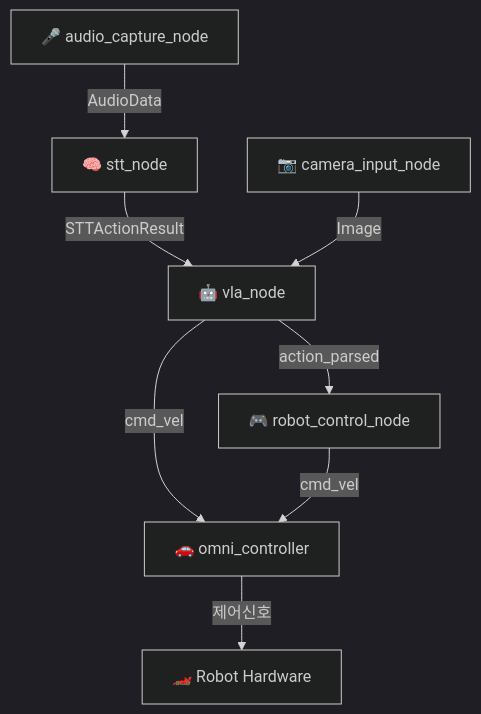
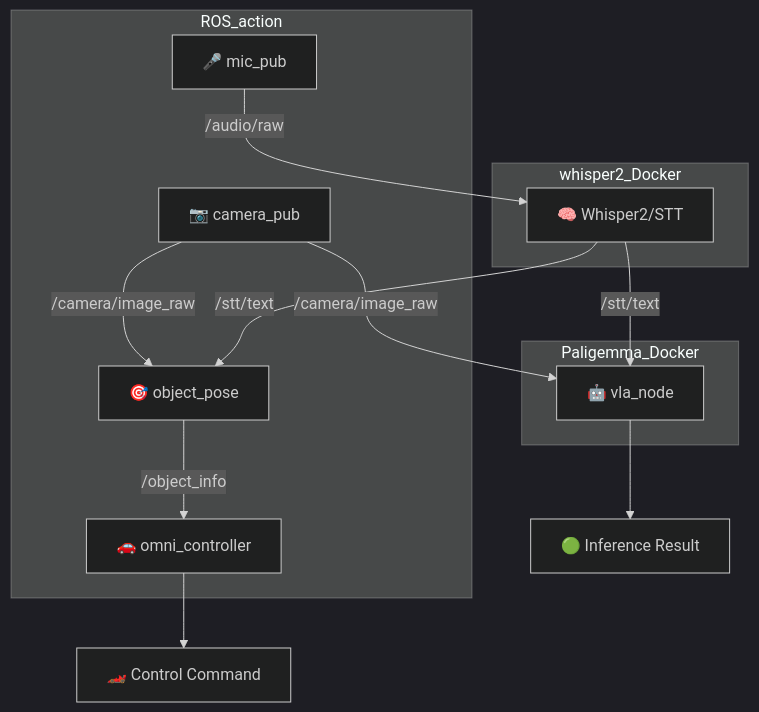
Before and after one commit to shosae/vla: the diagram in README.md, drawn with Mermaid (dark theme). The commit also changed other lines of this file and 5 other files, not shown here.

````diff
--- a/README.md
+++ b/README.md
@@ -27,10 +36,24 @@
 ```mermaid
 graph TD
-    A[🎤 audio_capture_node] -->|AudioData| B[🧠 stt_node]
-    B -->|STTActionResult| D[🤖 vla_node]
-    C[📷 camera_input_node] -->|Image| D
-    D -->|cmd_vel| E[🚗 omni_controller]
-    D -->|action_parsed| F[🎮 robot_control_node]
-    F -->|cmd_vel| E
-    E -->|제어신호| G[🏎️ Robot Hardware]
+    A[🎤 mic_pub] -->|/audio/raw| B[🧠 Whisper2/STT]
+    B -->|/stt/text| C[🎯 object_pose]
+    D[📷 camera_pub] -->|/camera/image_raw| C
+    D -->|/camera/image_raw| H[🤖 vla_node]
+    B -->|/stt/text| H
+    C -->|/object_info| F[🚗 omni_controller]
+    F -->G[🏎️ Control Command]
+    H -->I[🟢 Inference Result]
+
+    subgraph ROS_action
+        A
+        D
+        C
+        F
+    end
+    subgraph whisper2_Docker
+        B
+    end
+    subgraph Paligemma_Docker
+        H
+    end
 ```
````
